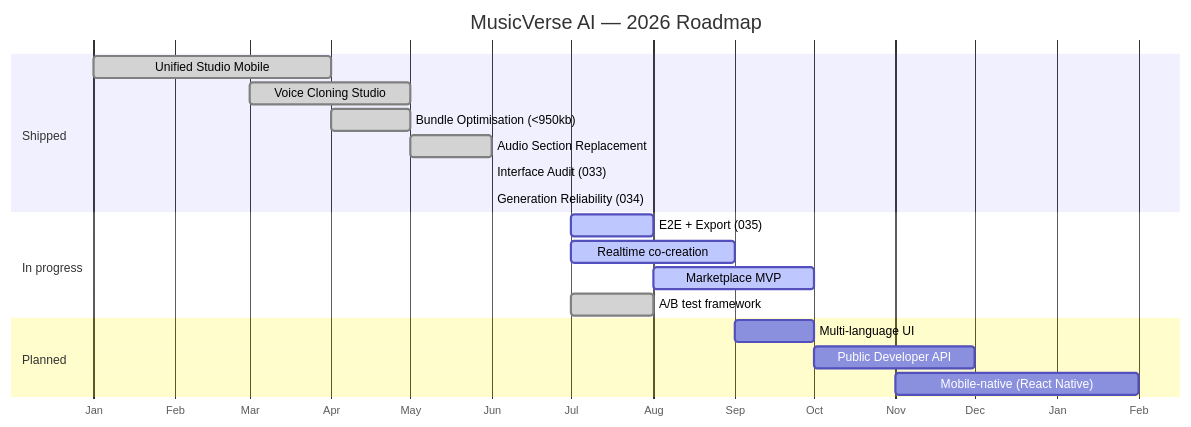
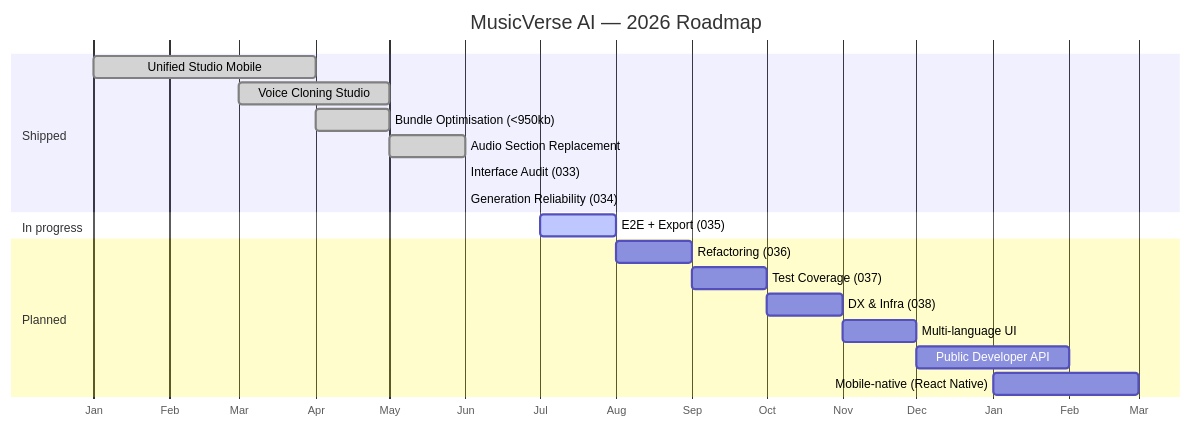
Before and after one commit to HOW2AI-AGENCY/aimusicverse: the diagram in ROADMAP.md, drawn with Mermaid. The commit also changed other lines of this file and 3 other files, not shown here.

````diff
--- a/ROADMAP.md
+++ b/ROADMAP.md
@@ -26,22 +26,22 @@
 ```mermaid
 gantt
     title MusicVerse AI — 2026 Roadmap
     dateFormat YYYY-MM
     axisFormat %b
     section Shipped
     Unified Studio Mobile        :done, 2026-01, 2026-04
     Voice Cloning Studio         :done, 2026-03, 2026-05
     Bundle Optimisation (<950kb) :done, 2026-04, 2026-05
     Audio Section Replacement    :done, 2026-05, 2026-06
     Interface Audit (033)        :done, 2026-06, 2026-06
     Generation Reliability (034) :done, 2026-06, 2026-06
     section In progress
     E2E + Export (035)           :active, 2026-07, 2026-08
-    Realtime co-creation         :active, 2026-07, 2026-09
-    Marketplace MVP              :active, 2026-08, 2026-10
-    A/B test framework           :done, 2026-07, 2026-08
     section Planned
-    Multi-language UI            : 2026-09, 2026-10
-    Public Developer API         : 2026-10, 2026-12
-    Mobile-native (React Native) : 2026-11, 2027-02
+    Refactoring (036)            : 2026-08, 2026-09
+    Test Coverage (037)          : 2026-09, 2026-10
+    DX & Infra (038)             : 2026-10, 2026-11
+    Multi-language UI            : 2026-11, 2026-12
+    Public Developer API         : 2026-12, 2027-02
+    Mobile-native (React Native) : 2027-01, 2027-03
 ```
````
